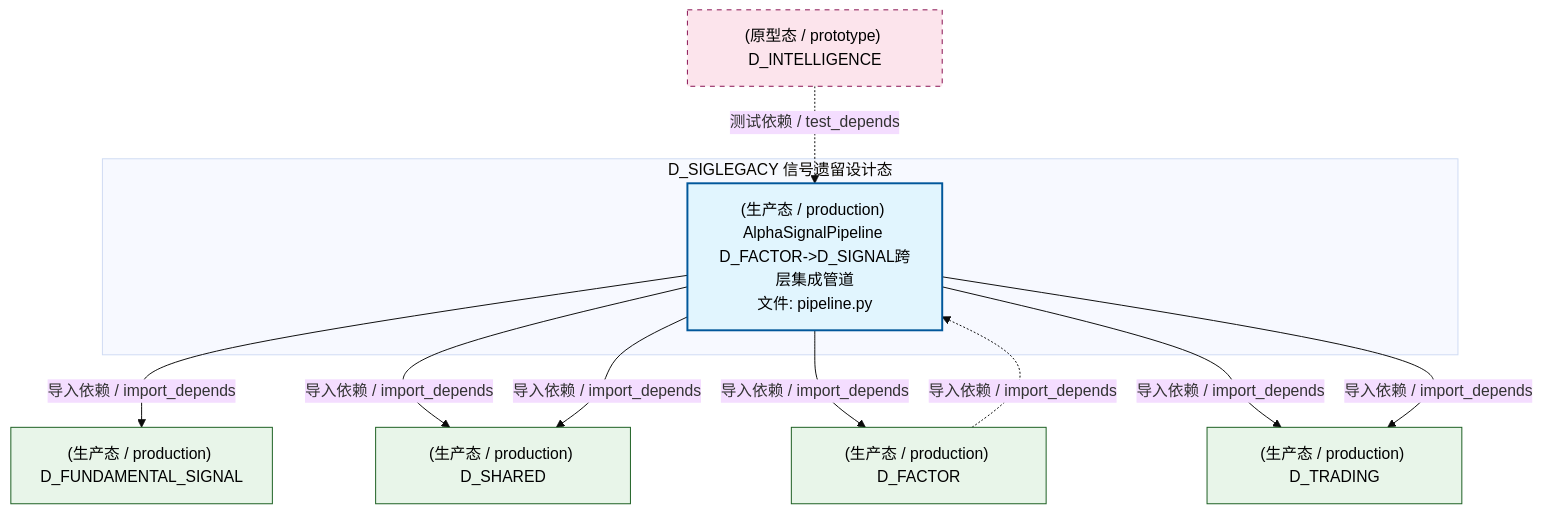
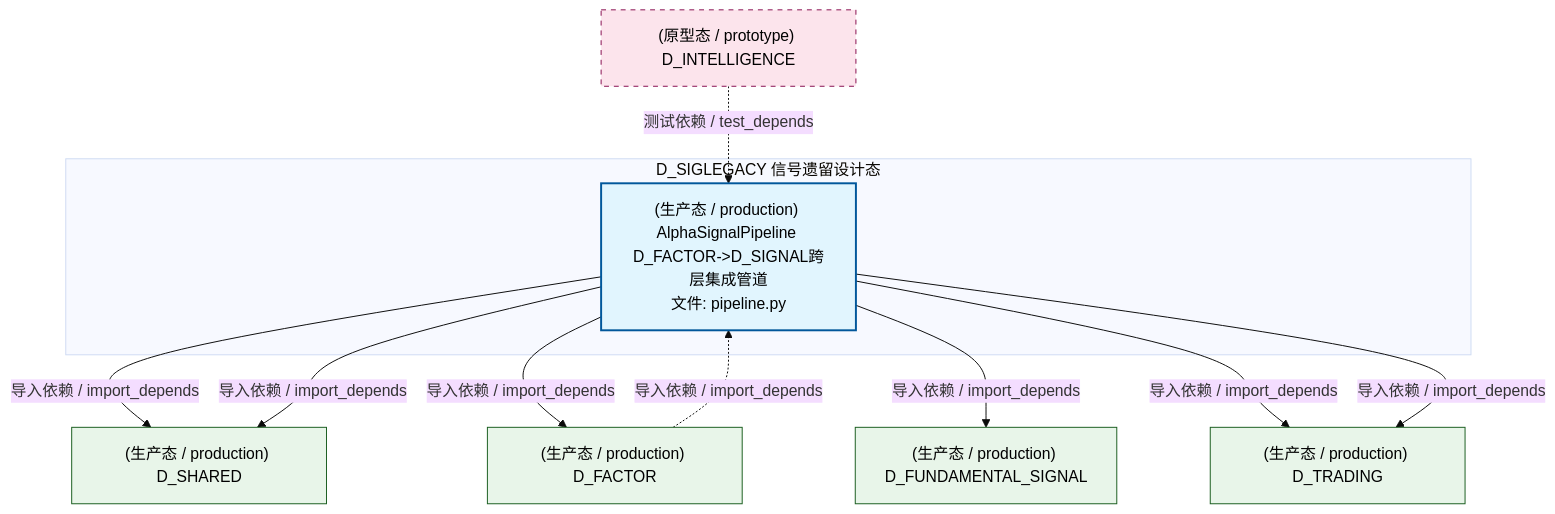
One commit to xuanFelixVan/ZephyrAlpha changed the second of 4 diagrams in docs/02_enterprise_architecture/02_domain_architecture_docs/63_d_siglegacy.md. Above: the diagram before and after it, drawn with Mermaid (base theme). The commit also changed other lines of this file and 126 other files, not shown here.

````diff
--- a/docs/02_enterprise_architecture/02_domain_architecture_docs/63_d_siglegacy.md
+++ b/docs/02_enterprise_architecture/02_domain_architecture_docs/63_d_siglegacy.md
@@ -138,26 +138,26 @@
 ```mermaid
 graph TD
     subgraph D_SIGLEGACY["D_SIGLEGACY 信号遗留设计态"]
         src_zephyr_signal_fundamental_pipeline_py["(生产态 / production) AlphaSignalPipeline D_FACTOR->D_SIGNAL跨层集成管道<br/>文件: pipeline.py"]
     end
-    D_FUNDAMENTAL_SIGNAL["(生产态 / production) D_FUNDAMENTAL_SIGNAL"]
-    src_zephyr_signal_fundamental_pipeline_py -->|导入依赖 / import_depends| D_FUNDAMENTAL_SIGNAL
     D_SHARED["(生产态 / production) D_SHARED"]
+    src_zephyr_signal_fundamental_pipeline_py -->|导入依赖 / import_depends| D_SHARED
     src_zephyr_signal_fundamental_pipeline_py -->|导入依赖 / import_depends| D_SHARED
     D_FACTOR["(生产态 / production) D_FACTOR"]
     src_zephyr_signal_fundamental_pipeline_py -->|导入依赖 / import_depends| D_FACTOR
-    src_zephyr_signal_fundamental_pipeline_py -->|导入依赖 / import_depends| D_SHARED
+    D_FUNDAMENTAL_SIGNAL["(生产态 / production) D_FUNDAMENTAL_SIGNAL"]
+    src_zephyr_signal_fundamental_pipeline_py -->|导入依赖 / import_depends| D_FUNDAMENTAL_SIGNAL
     D_TRADING["(生产态 / production) D_TRADING"]
     src_zephyr_signal_fundamental_pipeline_py -->|导入依赖 / import_depends| D_TRADING
     src_zephyr_signal_fundamental_pipeline_py -->|导入依赖 / import_depends| D_TRADING
+    D_FACTOR -.->|导入依赖 / import_depends| src_zephyr_signal_fundamental_pipeline_py
     D_INTELLIGENCE["(原型态 / prototype) D_INTELLIGENCE"]
     D_INTELLIGENCE -.->|测试依赖 / test_depends| src_zephyr_signal_fundamental_pipeline_py
-    D_FACTOR -.->|导入依赖 / import_depends| src_zephyr_signal_fundamental_pipeline_py
     classDef production fill:#e1f5fe,stroke:#01579b,stroke-width:2px,color:#000
     classDef design fill:#fff3e0,stroke:#e65100,stroke-width:2px,color:#000,stroke-dasharray: 5 5
     classDef external_prod fill:#e8f5e9,stroke:#1b5e20,stroke-width:1px,color:#000
     classDef external_design fill:#fce4ec,stroke:#880e4f,stroke-width:1px,color:#000,stroke-dasharray: 5 5
     class src_zephyr_signal_fundamental_pipeline_py production
-    class D_FUNDAMENTAL_SIGNAL,D_SHARED,D_FACTOR,D_TRADING external_prod
+    class D_SHARED,D_FACTOR,D_FUNDAMENTAL_SIGNAL,D_TRADING external_prod
     class D_INTELLIGENCE external_design
 ```
````
